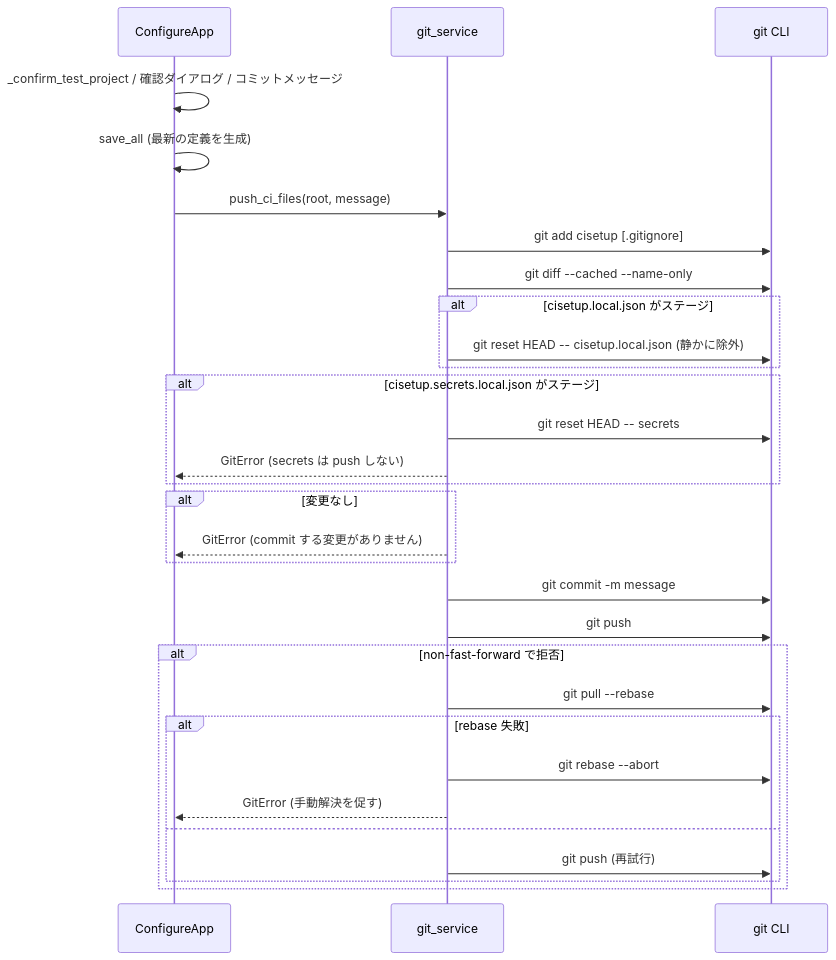
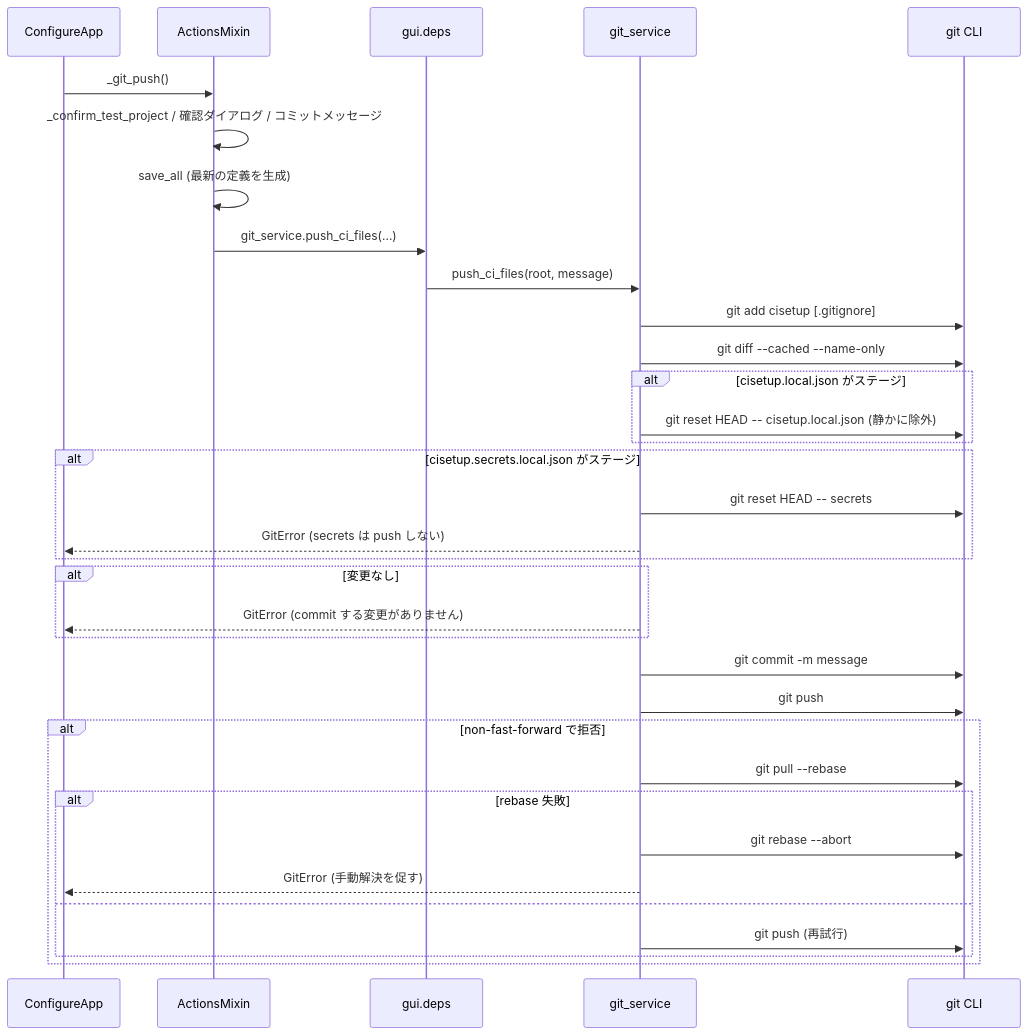
One commit to gt-ynakamatsu/ci-setup-tool changed diagram 11 of 13 in docs/DESIGN.md. Above: the diagram before and after it, drawn with Mermaid. The commit also changed other lines of this file and 3 other files, not shown here.

````diff
--- a/docs/DESIGN.md
+++ b/docs/DESIGN.md
@@ -776,33 +983,37 @@
 ```mermaid
 sequenceDiagram
     participant App as ConfigureApp
+    participant Ops as ActionsMixin
+    participant Deps as gui.deps
     participant GS as git_service
     participant G as git CLI
 
-    App->>App: _confirm_test_project / 確認ダイアログ / コミットメッセージ
-    App->>App: save_all (最新の定義を生成)
-    App->>GS: push_ci_files(root, message)
+    App->>Ops: _git_push()
+    Ops->>Ops: _confirm_test_project / 確認ダイアログ / コミットメッセージ
+    Ops->>Ops: save_all (最新の定義を生成)
+    Ops->>Deps: git_service.push_ci_files(...)
+    Deps->>GS: push_ci_files(root, message)
     GS->>G: git add cisetup [.gitignore]
     GS->>G: git diff --cached --name-only
     alt cisetup.local.json がステージ
         GS->>G: git reset HEAD -- cisetup.local.json (静かに除外)
     end
     alt cisetup.secrets.local.json がステージ
         GS->>G: git reset HEAD -- secrets
         GS-->>App: GitError (secrets は push しない)
     end
     alt 変更なし
         GS-->>App: GitError (commit する変更がありません)
     end
     GS->>G: git commit -m message
     GS->>G: git push
     alt non-fast-forward で拒否
         GS->>G: git pull --rebase
         alt rebase 失敗
             GS->>G: git rebase --abort
             GS-->>App: GitError (手動解決を促す)
         else
             GS->>G: git push (再試行)
         end
     end
 ```
````
